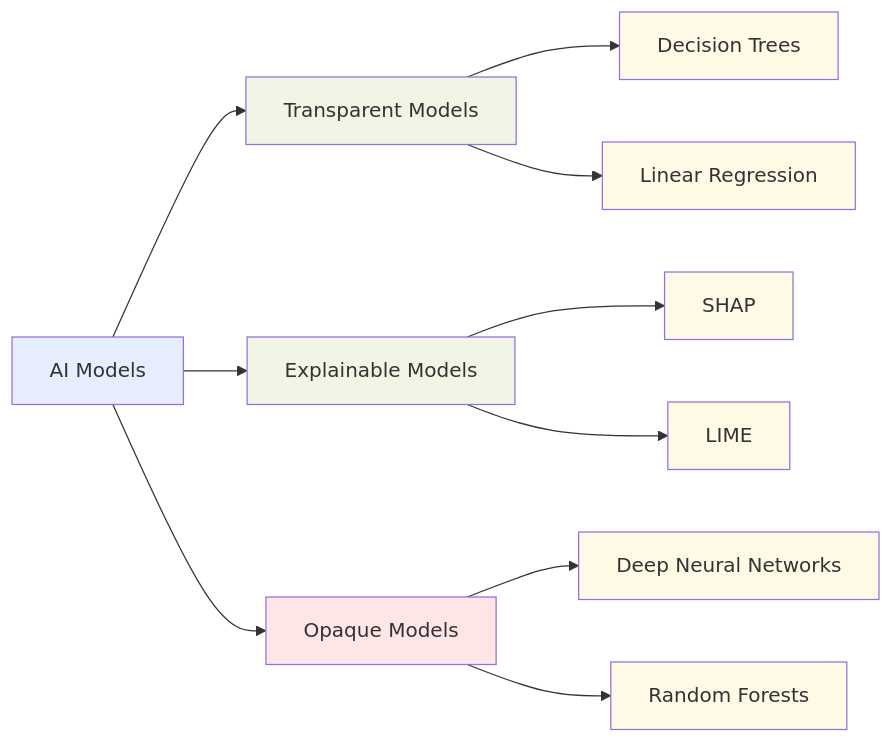
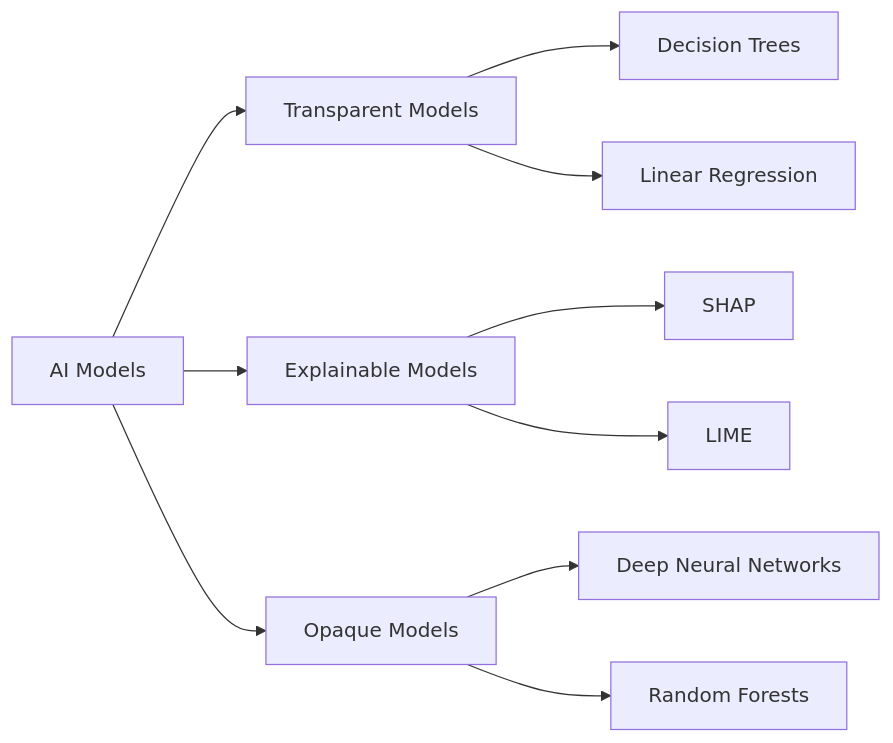
Before and after one commit to CloudCityPress/aws-aif-c01: the first of 4 diagrams in english/40_20_Transparent_and_Explainable_Models.md, drawn with Mermaid. The commit also changed other lines of this file and 16 other files, not shown here.

Commit message:
updating Mermaids

````diff
--- a/english/40_20_Transparent_and_Explainable_Models.md
+++ b/english/40_20_Transparent_and_Explainable_Models.md
@@ -15,22 +15,12 @@
 ```mermaid
 flowchart LR
     A[AI Models] --> B[Transparent Models]
     A --> C[Explainable Models]
     A --> D[Opaque Models]
     B --> E[Decision Trees]
     B --> F[Linear Regression]
     C --> G[SHAP]
     C --> H[LIME]
     D --> I[Deep Neural Networks]
     D --> J[Random Forests]
-    style A fill:#e6eeff
-    style B fill:#f0f5e6
-    style C fill:#f0f5e6
-    style D fill:#ffe6e6
-    style E fill:#fffae6
-    style F fill:#fffae6
-    style G fill:#fffae6
-    style H fill:#fffae6
-    style I fill:#fffae6
-    style J fill:#fffae6
 ```
````
